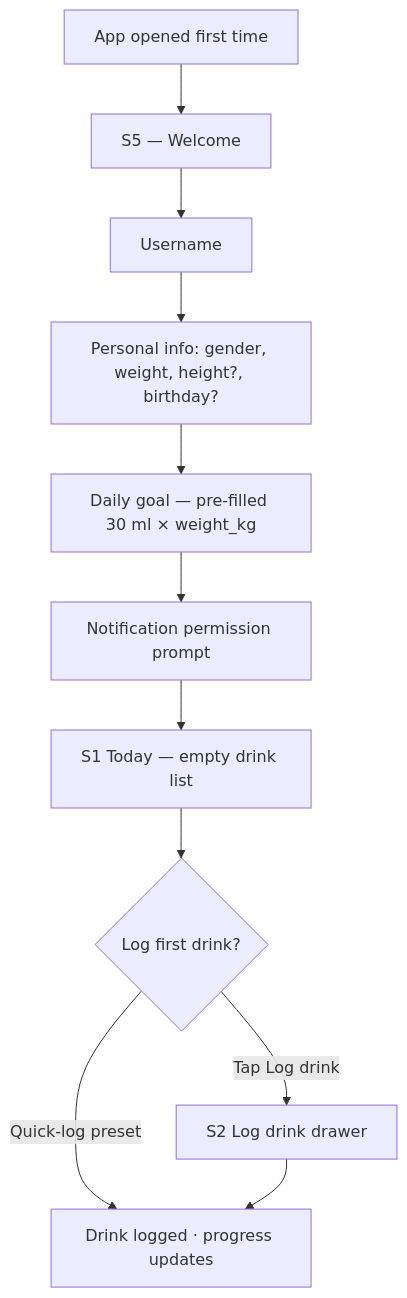
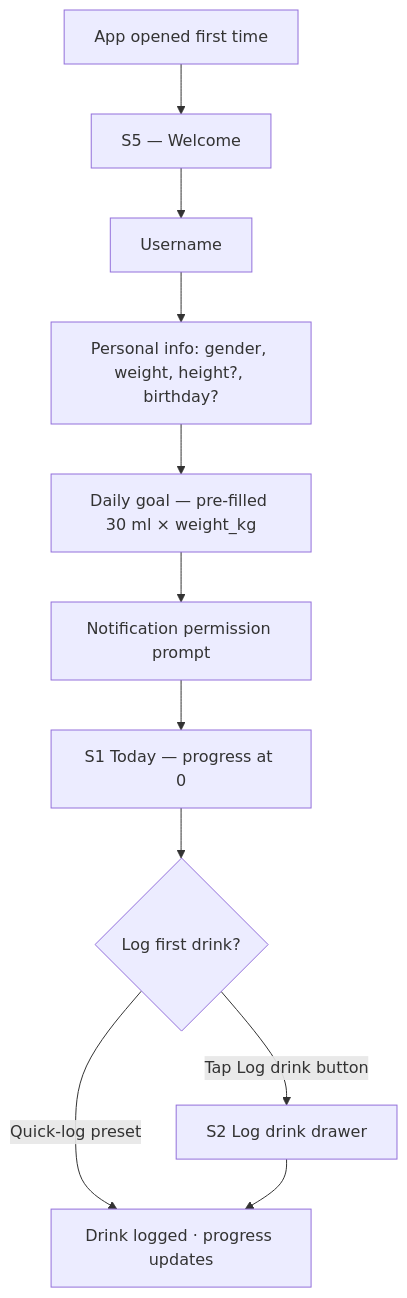
The first of 5 diagrams in user-experience.md (controlol/drinks-mate), drawn with Mermaid before and after one commit. The commit also changed other lines of this file and 4 other files, not shown here.

````diff
--- a/user-experience.md
+++ b/user-experience.md
@@ -142,13 +208,13 @@
 ```mermaid
 flowchart TD
     A[App opened first time] --> B[S5 — Welcome]
     B --> C[Username]
     C --> D[Personal info: gender, weight, height?, birthday?]
     D --> E[Daily goal — pre-filled 30 ml × weight_kg]
     E --> F[Notification permission prompt]
-    F --> G[S1 Today — empty drink list]
+    F --> G[S1 Today — progress at 0]
     G --> H{Log first drink?}
     H -->|Quick-log preset| I[Drink logged · progress updates]
-    H -->|Tap Log drink| J[S2 Log drink drawer]
+    H -->|Tap Log drink button| J[S2 Log drink drawer]
     J --> I
 ```
````
